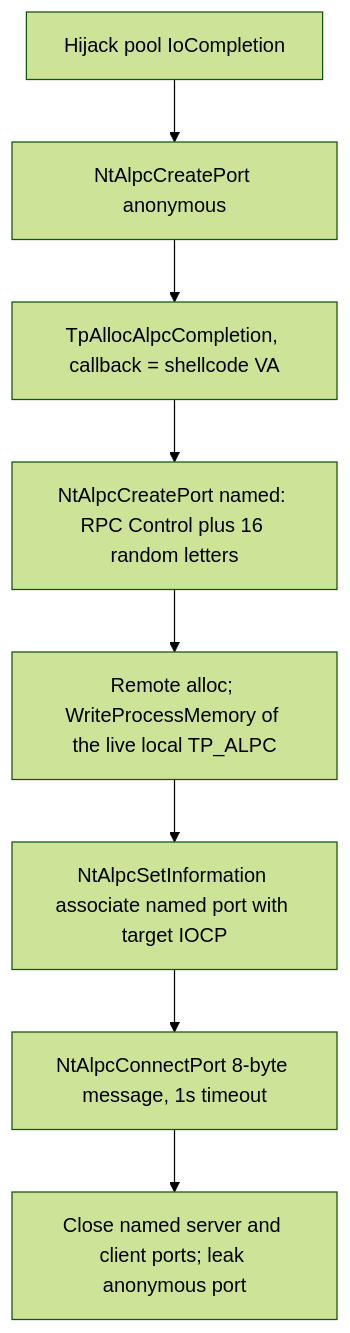
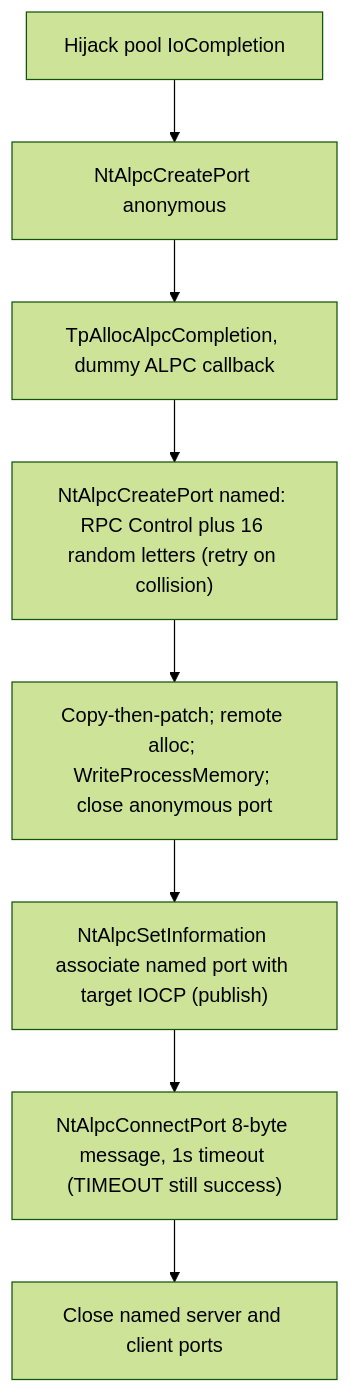
Before and after one commit to An0nUD4Y/PoolParty-BOF: the third of 6 diagrams in README.md, drawn with Mermaid (forest theme). The commit also changed other lines of this file and 26 other files, not shown here.

````diff
--- a/README.md
+++ b/README.md
@@ -238,10 +254,10 @@
 ```mermaid
 flowchart TD
   A["Hijack pool IoCompletion"] --> B["NtAlpcCreatePort anonymous"]
-  B --> C["TpAllocAlpcCompletion, callback = shellcode VA"]
-  C --> D["NtAlpcCreatePort named: RPC Control plus 16 random letters"]
-  D --> E["Remote alloc; WriteProcessMemory of the live local TP_ALPC"]
-  E --> F["NtAlpcSetInformation associate named port with target IOCP"]
-  F --> G["NtAlpcConnectPort 8-byte message, 1s timeout"]
-  G --> H["Close named server and client ports; leak anonymous port"]
+  B --> C["TpAllocAlpcCompletion, dummy ALPC callback"]
+  C --> D["NtAlpcCreatePort named: RPC Control plus 16 random letters (retry on collision)"]
+  D --> E["Copy-then-patch; remote alloc; WriteProcessMemory; close anonymous port"]
+  E --> F["NtAlpcSetInformation associate named port with target IOCP (publish)"]
+  F --> G["NtAlpcConnectPort 8-byte message, 1s timeout (TIMEOUT still success)"]
+  G --> H["Close named server and client ports"]
 ```
````
